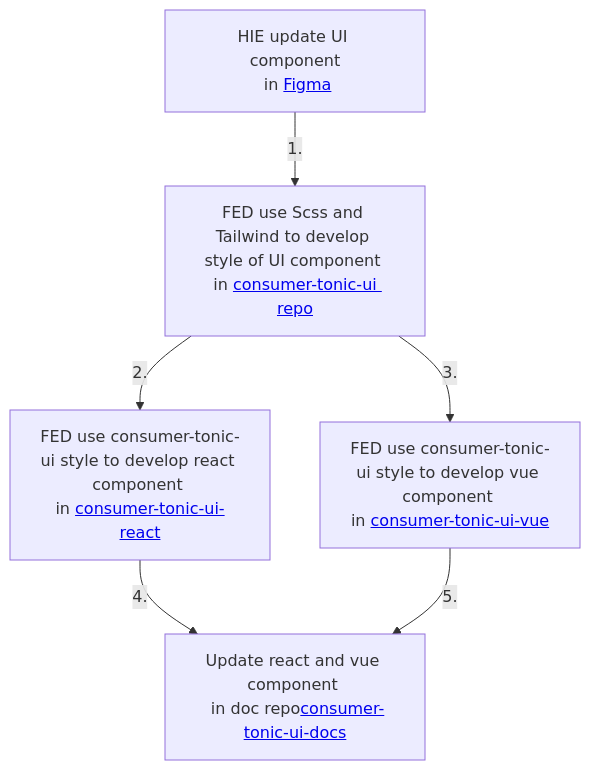
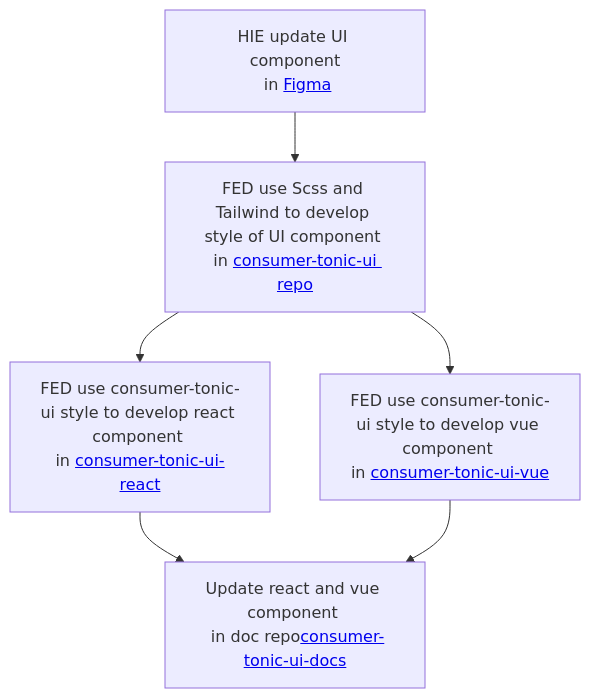
Before and after one commit to andrew781026/tonic-ui-fork: the diagram in README.md, drawn with Mermaid.

Commit message:
[main] update readme

````diff
--- a/README.md
+++ b/README.md
@@ -6,8 +6,8 @@
 ```mermaid
 graph TD;
-  A[HIE update UI component<br/> in <a href="https://www.figma.com/file/FPcYhygcr22tZS08P7hFF8/%F0%9F%8F%A0-Consumer-Tonic---UI-Components?type=design&node-id=8-0&mode=design&t=zxM7DbPxpa8hHSTt-0" target="_blank">Figma</a>] -->|1.| B[FED use Scss and Tailwind to develop style of UI component <br/> in <a href="https://adc.github.trendmicro.com/Consumer-Frontend/consumer-tonic-ui" target="_blank">consumer-tonic-ui repo</a>]
-  B -->|2.| C[FED use consumer-tonic-ui style to develop react component <br/>in <a href="https://adc.github.trendmicro.com/Consumer-Frontend/consumer-tonic-ui-react" target="_blank">consumer-tonic-ui-react</a>]
-  B -->|3.| D[FED use consumer-tonic-ui style to develop vue component <br/>in <a href="https://adc.github.trendmicro.com/Consumer-Frontend/consumer-tonic-ui-vue" target="_blank">consumer-tonic-ui-vue</a>]
-  C -->|4.| E['']
-  D -->|5.| E[Update react and vue component </br> in doc repo<a href="https://adc.github.trendmicro.com/Consumer-Frontend/consumer-tonic-ui-docs" target="_blank">consumer-tonic-ui-docs</a>]
+  A[HIE update UI component<br/> in <a href="https://www.figma.com/file/FPcYhygcr22tZS08P7hFF8/%F0%9F%8F%A0-Consumer-Tonic---UI-Components?type=design&node-id=8-0&mode=design&t=zxM7DbPxpa8hHSTt-0" target="_blank">Figma</a>] --> B[FED use Scss and Tailwind to develop style of UI component <br/> in <a href="https://adc.github.trendmicro.com/Consumer-Frontend/consumer-tonic-ui" target="_blank">consumer-tonic-ui repo</a>]
+  B --> C[FED use consumer-tonic-ui style to develop react component <br/>in <a href="https://adc.github.trendmicro.com/Consumer-Frontend/consumer-tonic-ui-react" target="_blank">consumer-tonic-ui-react</a>]
+  B --> D[FED use consumer-tonic-ui style to develop vue component <br/>in <a href="https://adc.github.trendmicro.com/Consumer-Frontend/consumer-tonic-ui-vue" target="_blank">consumer-tonic-ui-vue</a>]
+  C --> E['']
+  D --> E[Update react and vue component </br> in doc repo<a href="https://adc.github.trendmicro.com/Consumer-Frontend/consumer-tonic-ui-docs" target="_blank">consumer-tonic-ui-docs</a>]
 ```
````
